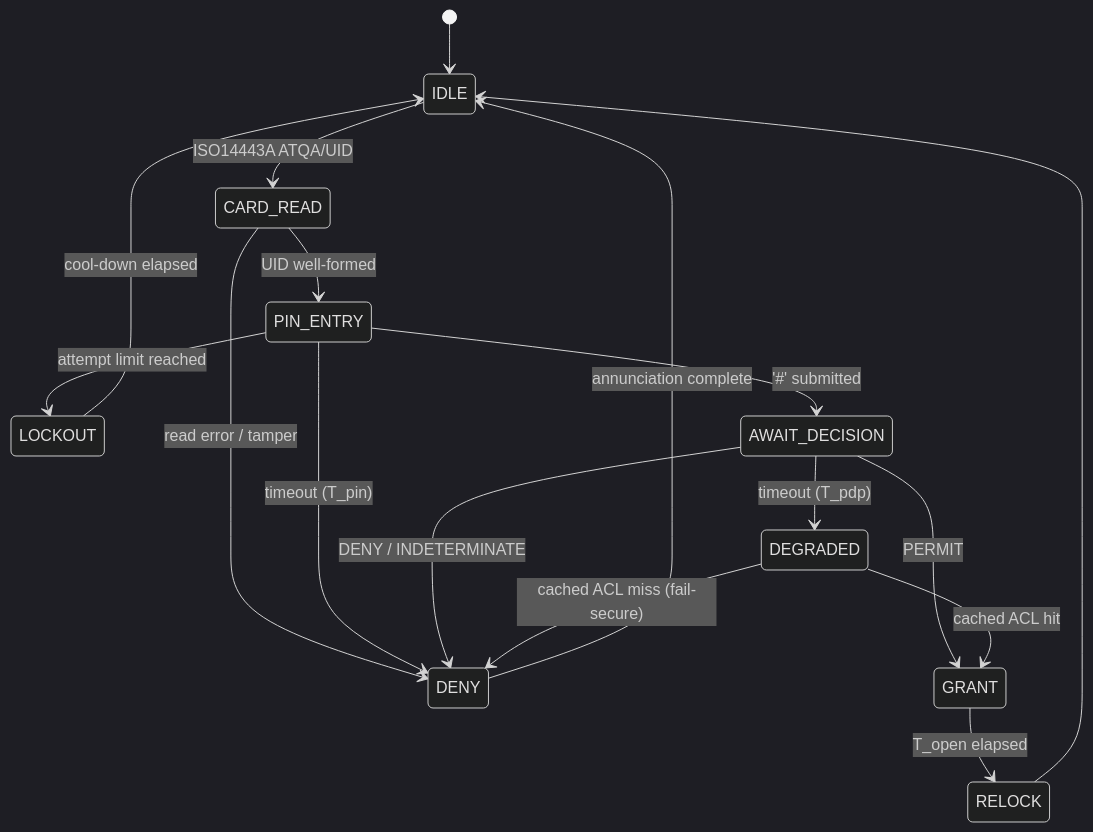
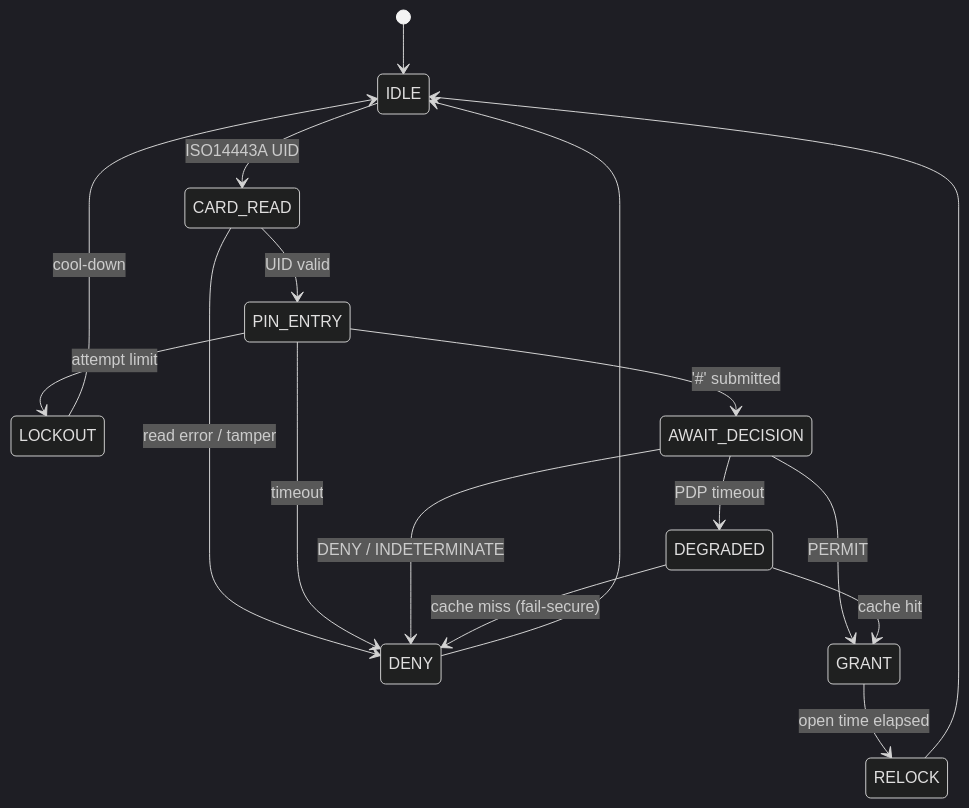
Before and after one commit to CICTHackathon/iot-hardware: the second of 2 diagrams in README.md, drawn with Mermaid (dark theme). The commit also changed other lines of this file and 3 other files, not shown here.

````diff
--- a/README.md
+++ b/README.md
@@ -177,19 +125,19 @@
 ```mermaid
 stateDiagram-v2
     [*] --> IDLE
-    IDLE --> CARD_READ : ISO14443A ATQA/UID
-    CARD_READ --> PIN_ENTRY : UID well-formed
+    IDLE --> CARD_READ : ISO14443A UID
+    CARD_READ --> PIN_ENTRY : UID valid
     CARD_READ --> DENY : read error / tamper
-    PIN_ENTRY --> DENY : timeout (T_pin)
-    PIN_ENTRY --> LOCKOUT : attempt limit reached
+    PIN_ENTRY --> DENY : timeout
+    PIN_ENTRY --> LOCKOUT : attempt limit
     PIN_ENTRY --> AWAIT_DECISION : '#' submitted
-    LOCKOUT --> IDLE : cool-down elapsed
+    LOCKOUT --> IDLE : cool-down
     AWAIT_DECISION --> GRANT : PERMIT
     AWAIT_DECISION --> DENY : DENY / INDETERMINATE
-    AWAIT_DECISION --> DEGRADED : timeout (T_pdp)
-    DEGRADED --> GRANT : cached ACL hit
-    DEGRADED --> DENY : cached ACL miss (fail-secure)
-    GRANT --> RELOCK : T_open elapsed
-    DENY --> IDLE : annunciation complete
+    AWAIT_DECISION --> DEGRADED : PDP timeout
+    DEGRADED --> GRANT : cache hit
+    DEGRADED --> DENY : cache miss (fail-secure)
+    GRANT --> RELOCK : open time elapsed
+    DENY --> IDLE
     RELOCK --> IDLE
 ```
````
